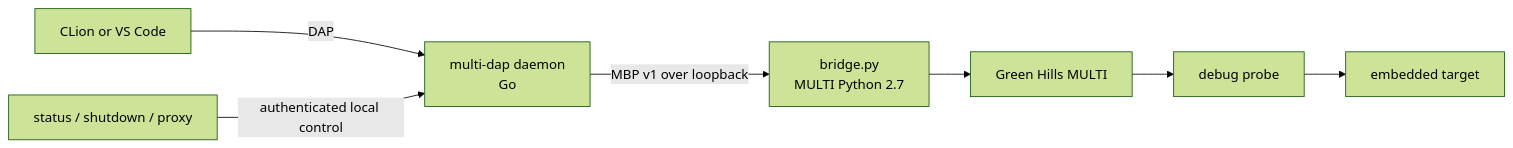
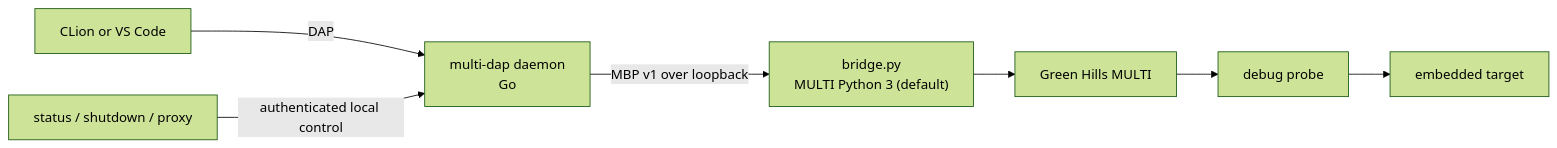
Before and after one commit to BalconyJH/multi-dap: the diagram in docs/index.md, drawn with Mermaid (forest theme). The commit also changed other lines of this file and 9 other files, not shown here.

````diff
--- a/docs/index.md
+++ b/docs/index.md
@@ -32,9 +34,9 @@
 ```mermaid
 flowchart LR
     IDE["CLion or VS Code"] -->|DAP| daemon["multi-dap daemon<br/>Go"]
-    daemon -->|"MBP v1 over loopback"| bridge["bridge.py<br/>MULTI Python 2.7"]
+    daemon -->|"MBP v1 over loopback"| bridge["bridge.py<br/>MULTI Python 3 (default)"]
     bridge --> multi["Green Hills MULTI"]
     multi --> probe["debug probe"]
     probe --> target["embedded target"]
     ctl["status / shutdown / proxy"] -->|"authenticated local control"| daemon
 ```
````
